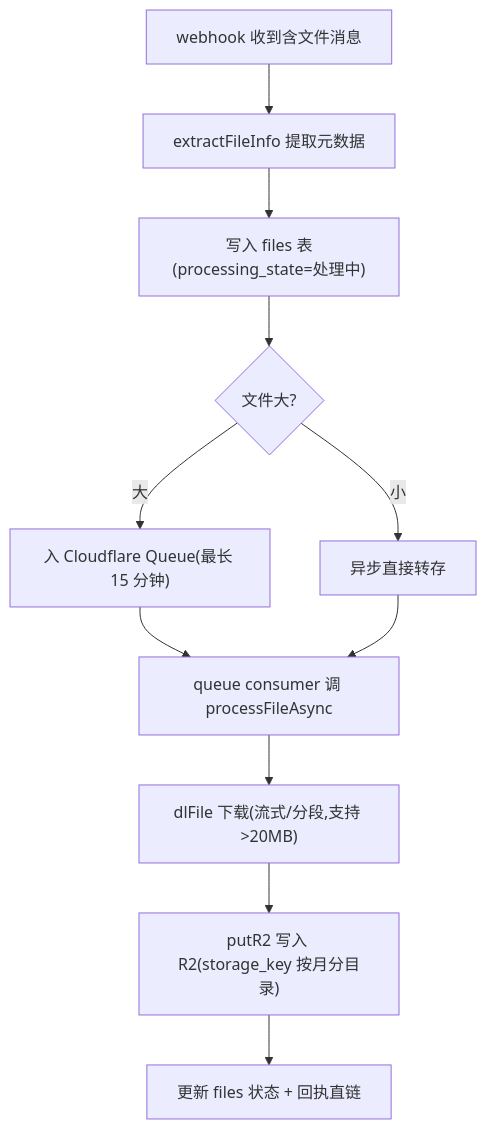
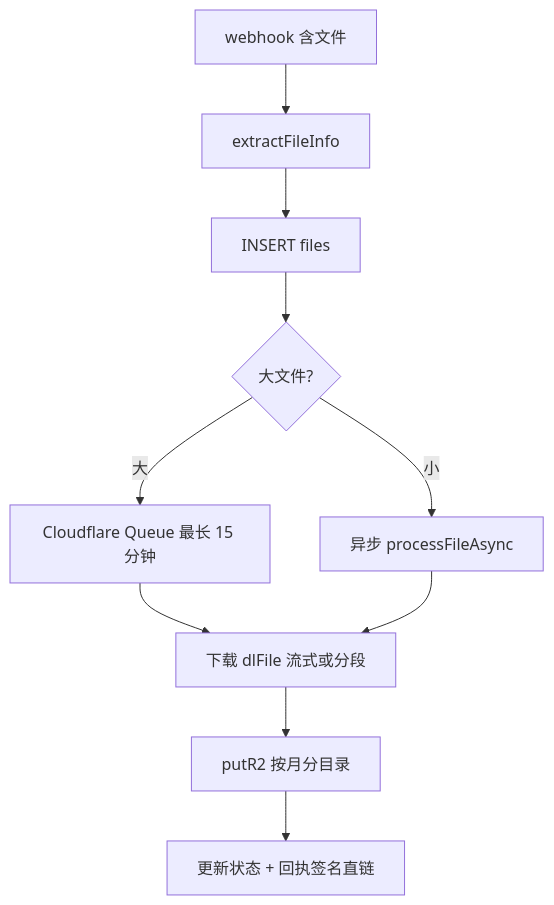
Before and after one commit to ichq1069/telegram-r2-worker: the diagram in .monkeycode/docs/专有概念/文件转存流程.md, drawn with Mermaid. The commit also changed other lines of this file and 16 other files, not shown here.

````diff
--- a/.monkeycode/docs/专有概念/文件转存流程.md
+++ b/.monkeycode/docs/专有概念/文件转存流程.md
@@ -18,13 +13,12 @@
 ```mermaid
 flowchart TD
-    A["webhook 收到含文件消息"] --> B["extractFileInfo 提取元数据"]
-    B --> C["写入 files 表(processing_state=处理中)"]
-    C --> D{"文件大?"}
-    D -->|大| E["入 Cloudflare Queue(最长 15 分钟)"]
-    D -->|小| F["异步直接转存"]
-    E --> G["queue consumer 调 processFileAsync"]
+    A["webhook 含文件"] --> B["extractFileInfo"]
+    B --> C["INSERT files"]
+    C --> D{"大文件?"}
+    D -->|大| E["Cloudflare Queue 最长 15 分钟"]
+    D -->|小| F["异步 processFileAsync"]
+    E --> G["下载 dlFile 流式或分段"]
     F --> G
-    G --> H["dlFile 下载(流式/分段,支持 >20MB)"]
-    H --> I["putR2 写入 R2(storage_key 按月分目录)"]
-    I --> J["更新 files 状态 + 回执直链"]
+    G --> H["putR2 按月分目录"]
+    H --> I["更新状态 + 回执签名直链"]
 ```
````
